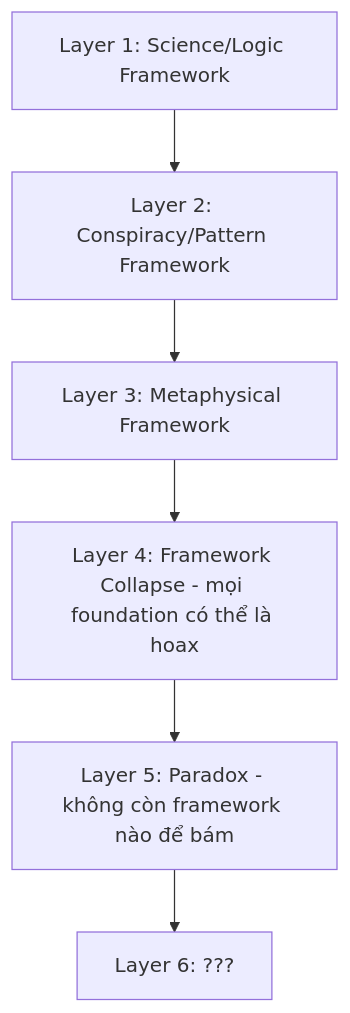
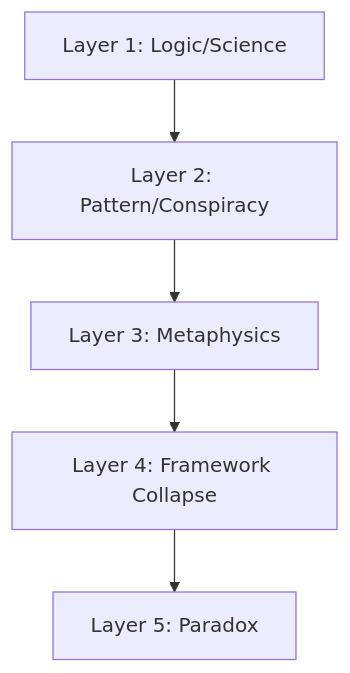
One commit to dyukahi/knowledge changed the second of 3 diagrams in esoterica/Nghịch Lý Của Hiểu Biết.md. Above: the diagram before and after it, drawn with Mermaid. The commit also changed other lines of this file and 1 other file, not shown here.

````diff
--- a/esoterica/Nghịch Lý Của Hiểu Biết.md
+++ b/esoterica/Nghịch Lý Của Hiểu Biết.md
@@ -78,11 +43,10 @@
 ```mermaid
 flowchart TD
-    L1["Layer 1: Science/Logic Framework"]
-    L2["Layer 2: Conspiracy/Pattern Framework"]
-    L3["Layer 3: Metaphysical Framework"]
-    L4["Layer 4: Framework Collapse - mọi foundation có thể là hoax"]
-    L5["Layer 5: Paradox - không còn framework nào để bám"]
-    L6["Layer 6: ???"]
+    L1["Layer 1: Logic/Science"]
+    L2["Layer 2: Pattern/Conspiracy"]
+    L3["Layer 3: Metaphysics"]
+    L4["Layer 4: Framework Collapse"]
+    L5["Layer 5: Paradox"]
     
-    L1 --> L2 --> L3 --> L4 --> L5 --> L6
+    L1 --> L2 --> L3 --> L4 --> L5
 ```
````
